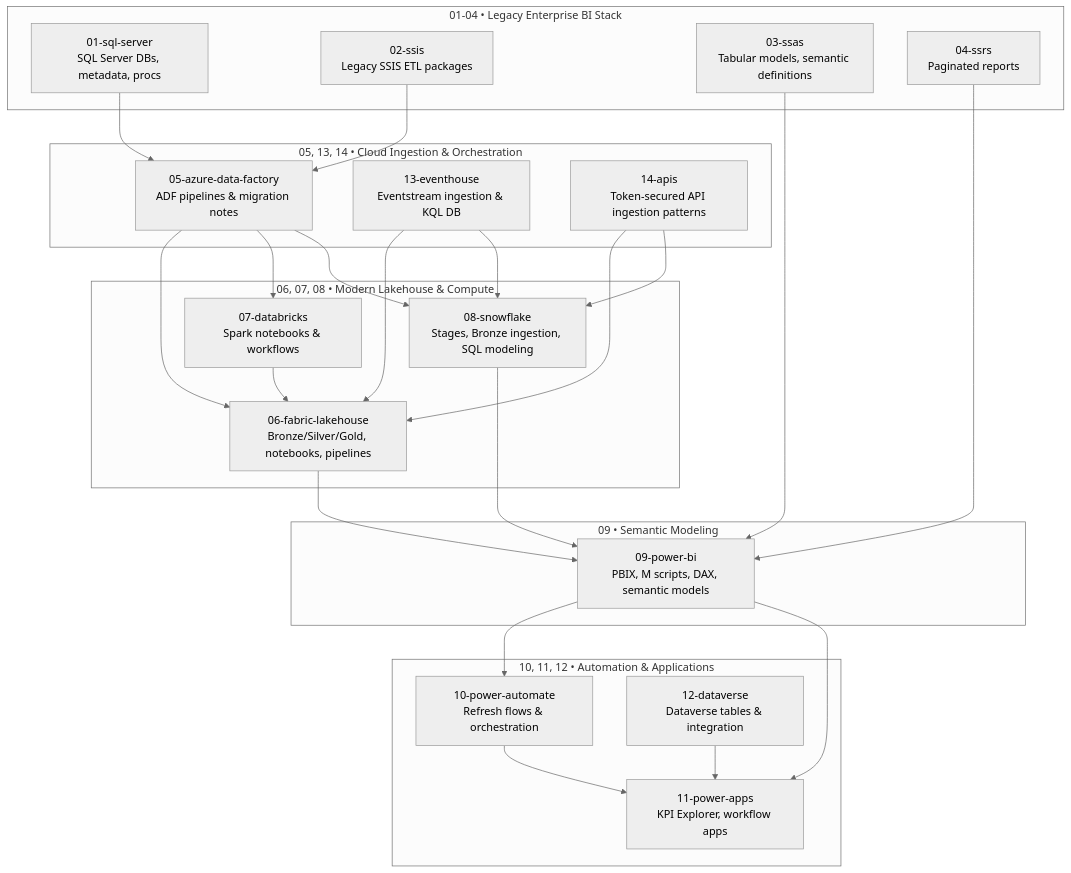
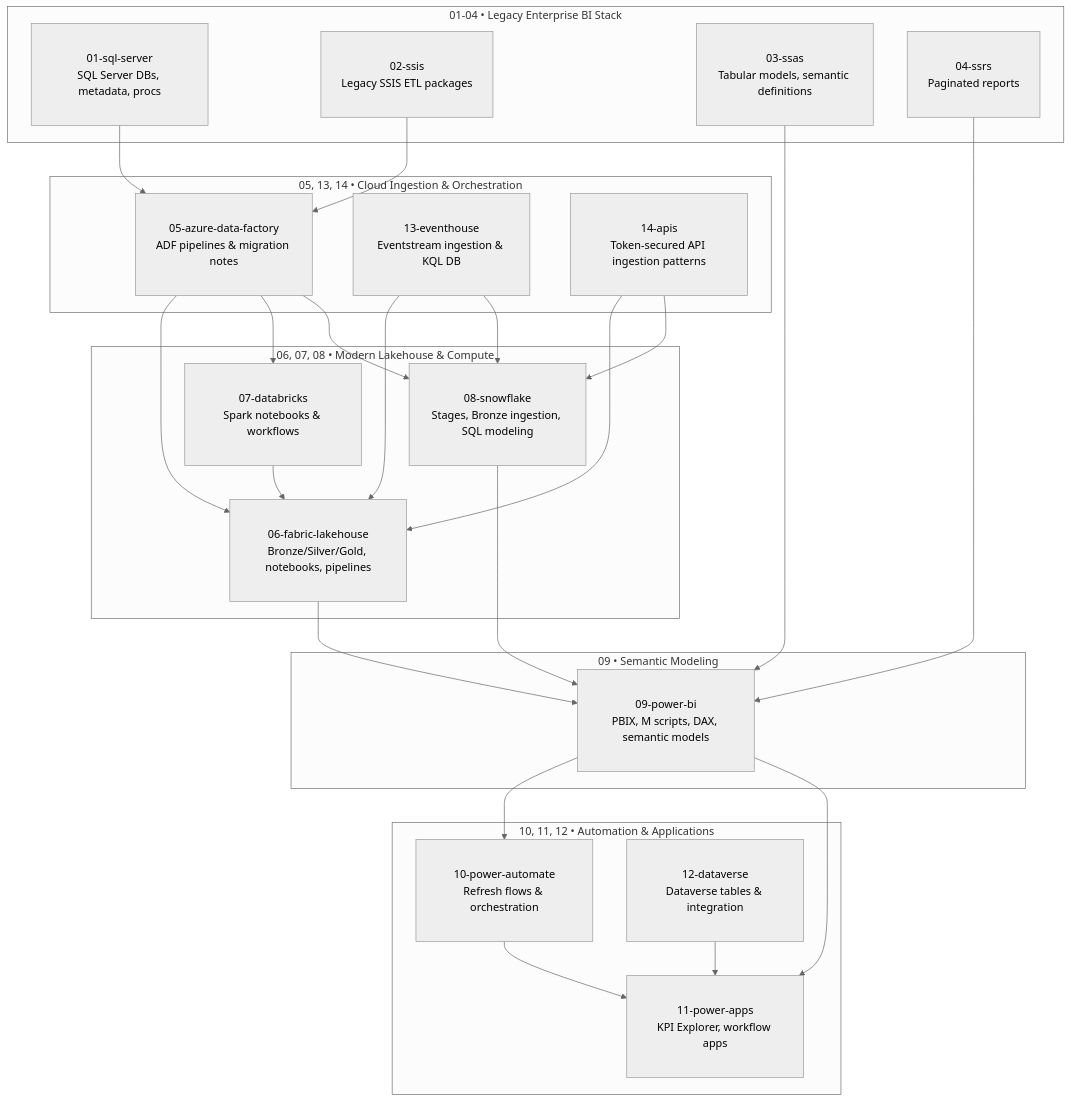
One commit to michaelraylloyd/gulf-to-bay-analytics-modernization changed the diagram in docs/README.md. Above: the diagram before and after it, drawn with Mermaid (neutral theme).

Commit message:
Expanded SQL Server modernization narrative; added GTB-aligned documentation and DBA toolkit headers

````diff
--- a/docs/README.md
+++ b/docs/README.md
@@ -573,73 +573,83 @@
 ```mermaid
 flowchart TB
-    %% ============================
-    %% SOURCE & LEGACY SYSTEMS
-    %% ============================
-    subgraph L1[01-04 • Legacy Enterprise BI Stack]
-        SQL[01-sql-server<br/>SQL Server DBs, metadata, procs]
-        SSIS[02-ssis<br/>Legacy SSIS ETL packages]
-        SSAS[03-ssas<br/>Tabular models, semantic definitions]
-        SSRS[04-ssrs<br/>Paginated reports]
-    end
 
-    %% ============================
-    %% CLOUD INGESTION & ORCHESTRATION
-    %% ============================
-    subgraph L2[05, 13, 14 • Cloud Ingestion & Orchestration]
-        ADF[05-azure-data-factory<br/>ADF pipelines & migration notes]
-        EVENT[13-eventhouse<br/>Eventstream ingestion & KQL DB]
-        APIS[14-apis<br/>Token-secured API ingestion patterns]
-    end
+%% ---------------------------------
+%% GLOBAL LAYOUT TUNING
+%% ---------------------------------
+classDef layer fill:#ffffff,stroke:#999,stroke-width:1px;
+classDef wide fill:#ffffff,stroke:#999,stroke-width:1px;
 
-    %% ============================
-    %% MODERN LAKEHOUSE & COMPUTE
-    %% ============================
-    subgraph L3[06, 07, 08 • Modern Lakehouse & Compute]
-        FAB[06-fabric-lakehouse<br/>Bronze/Silver/Gold, notebooks, pipelines]
-        DBX[07-databricks<br/>Spark notebooks & workflows]
-        SNOW[08-snowflake<br/>Stages, Bronze ingestion, SQL modeling]
-    end
+%% Adds padding so nodes don’t overlap
+classDef pad margin:20px,padding:10px;
 
-    %% ============================
-    %% SEMANTIC MODELING
-    %% ============================
-    subgraph L4[09 • Semantic Modeling]
-        PBI[09-power-bi<br/>PBIX, M scripts, DAX, semantic models]
-    end
+%% ---------------------------------
+%% SOURCE & LEGACY SYSTEMS
+%% ---------------------------------
+subgraph L1[01-04 • Legacy Enterprise BI Stack]
+    SQL[01-sql-server<br/>SQL Server DBs, metadata, procs]:::pad
+    SSIS[02-ssis<br/>Legacy SSIS ETL packages]:::pad
+    SSAS[03-ssas<br/>Tabular models, semantic definitions]:::pad
+    SSRS[04-ssrs<br/>Paginated reports]:::pad
+end
 
-    %% ============================
-    %% AUTOMATION & APPS
-    %% ============================
-    subgraph L5[10, 11, 12 • Automation & Applications]
-        PA[10-power-automate<br/>Refresh flows & orchestration]
-        APPS[11-power-apps<br/>KPI Explorer, workflow apps]
-        DV[12-dataverse<br/>Dataverse tables & integration]
-    end
+%% ---------------------------------
+%% CLOUD INGESTION & ORCHESTRATION
+%% ---------------------------------
+subgraph L2[05, 13, 14 • Cloud Ingestion & Orchestration]
+    ADF[05-azure-data-factory<br/>ADF pipelines & migration notes]:::pad
+    EVENT[13-eventhouse<br/>Eventstream ingestion & KQL DB]:::pad
+    APIS[14-apis<br/>Token-secured API ingestion patterns]:::pad
+end
 
-    %% ============================
-    %% FLOWS
-    %% ============================
-    SQL --> ADF
-    SSIS --> ADF
-    SSAS --> PBI
-    SSRS --> PBI
+%% ---------------------------------
+%% MODERN LAKEHOUSE & COMPUTE
+%% ---------------------------------
+subgraph L3[06, 07, 08 • Modern Lakehouse & Compute]
+    FAB[06-fabric-lakehouse<br/>Bronze/Silver/Gold, notebooks, pipelines]:::pad
+    DBX[07-databricks<br/>Spark notebooks & workflows]:::pad
+    SNOW[08-snowflake<br/>Stages, Bronze ingestion, SQL modeling]:::pad
+end
 
-    ADF --> FAB
-    ADF --> DBX
-    ADF --> SNOW
+%% ---------------------------------
+%% SEMANTIC MODELING
+%% ---------------------------------
+subgraph L4[09 • Semantic Modeling]
+    PBI[09-power-bi<br/>PBIX, M scripts, DAX, semantic models]:::pad
+end
 
-    EVENT --> FAB
-    EVENT --> SNOW
+%% ---------------------------------
+%% AUTOMATION & APPS
+%% ---------------------------------
+subgraph L5[10, 11, 12 • Automation & Applications]
+    PA[10-power-automate<br/>Refresh flows & orchestration]:::pad
+    APPS[11-power-apps<br/>KPI Explorer, workflow apps]:::pad
+    DV[12-dataverse<br/>Dataverse tables & integration]:::pad
+end
 
-    APIS --> FAB
-    APIS --> SNOW
+%% ---------------------------------
+%% FLOWS
+%% ---------------------------------
+SQL --> ADF
+SSIS --> ADF
+SSAS --> PBI
+SSRS --> PBI
 
-    FAB --> PBI
-    DBX --> FAB
-    SNOW --> PBI
+ADF --> FAB
+ADF --> DBX
+ADF --> SNOW
 
-    PBI --> PA
-    PBI --> APPS
-    DV --> APPS
-    PA --> APPS
+EVENT --> FAB
+EVENT --> SNOW
+
+APIS --> FAB
+APIS --> SNOW
+
+FAB --> PBI
+DBX --> FAB
+SNOW --> PBI
+
+PBI --> PA
+PBI --> APPS
+DV --> APPS
+PA --> APPS
 ```
````
